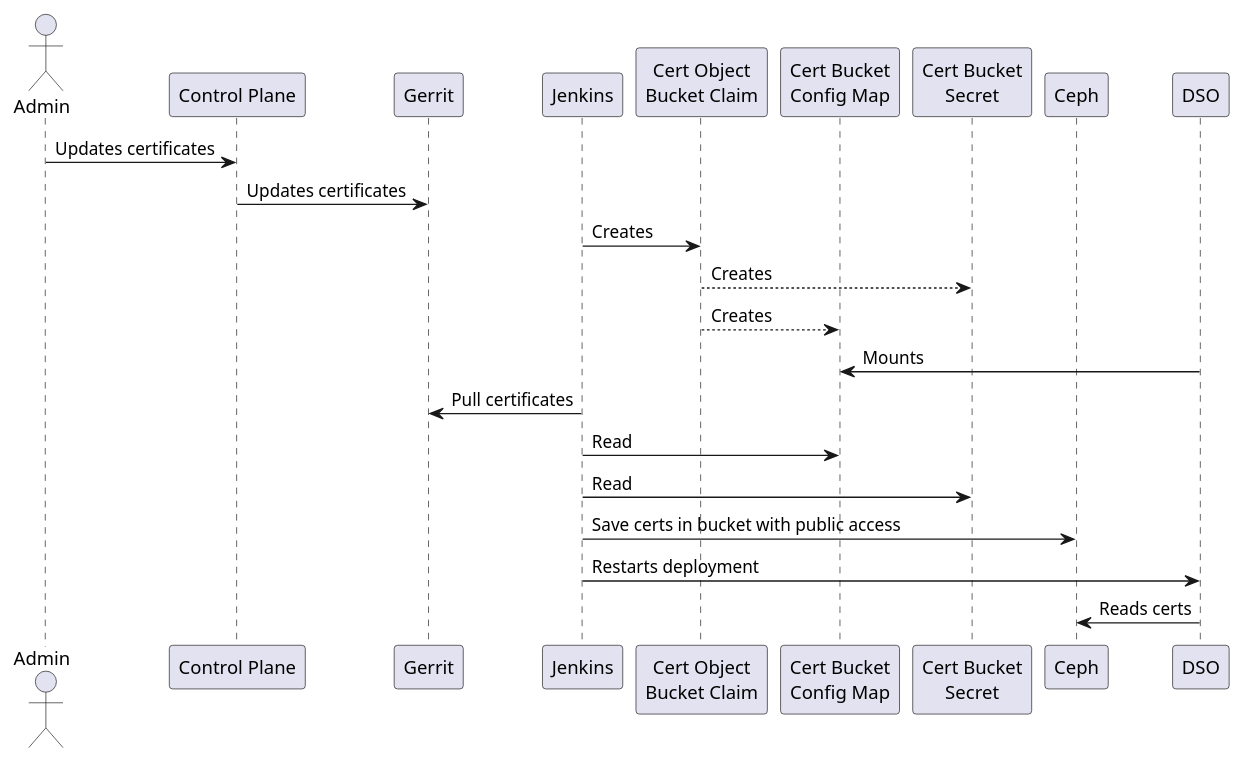
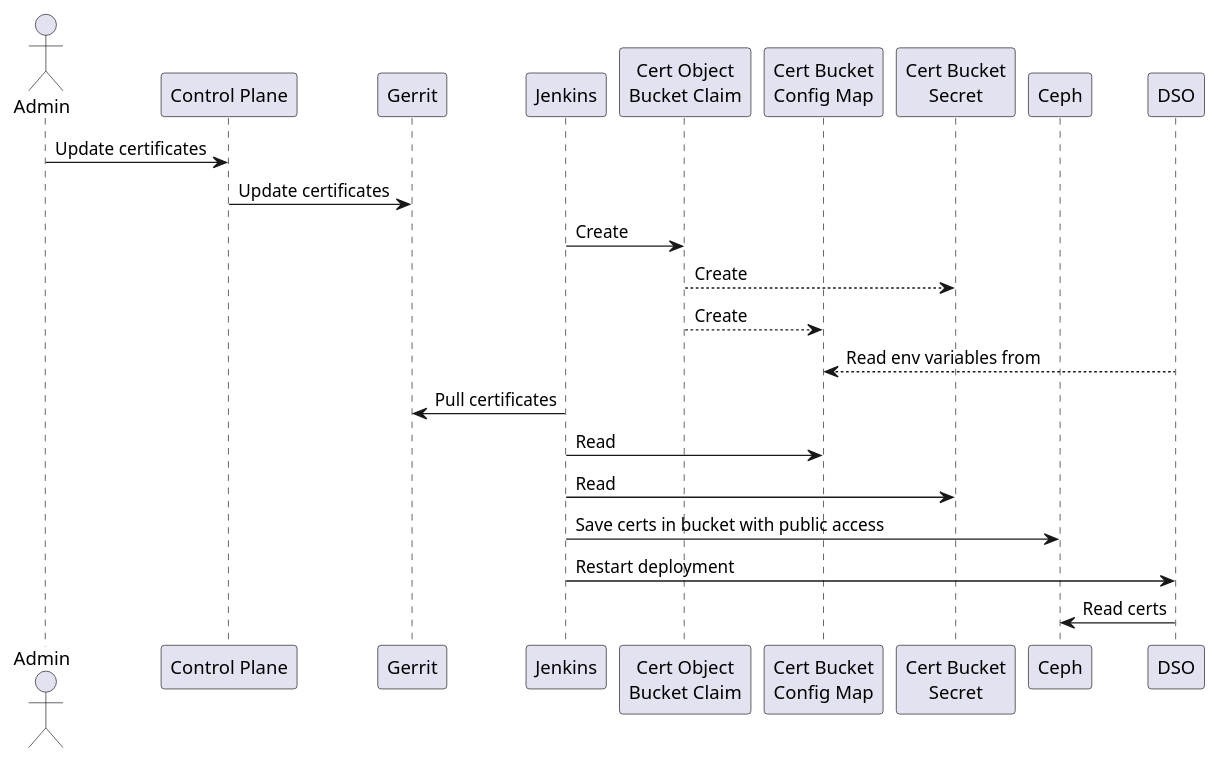
One commit to epam/edp-ddm-architecture changed the diagram in docs/ua/modules/arch/pages/architecture-workspace/platform-evolution/dso-cert-mng/dso-cert-mng.adoc. Above: the diagram before and after it, drawn with PlantUML. The commit also changed other lines of this file, not shown here.

Commit message:
[EDP-DDM-29793] Minor changes

```diff
--- a/docs/ua/modules/arch/pages/architecture-workspace/platform-evolution/dso-cert-mng/dso-cert-mng.adoc
+++ b/docs/ua/modules/arch/pages/architecture-workspace/platform-evolution/dso-cert-mng/dso-cert-mng.adoc
@@ -51,30 +51,30 @@
 [plantuml, dso-cert-mng, svg]
 ----
 @startuml
 actor "Admin" as admin
 participant "Control Plane" as cp
 participant "Gerrit" as gerrit
 participant "Jenkins" as jenkins
 participant "Cert Object\nBucket Claim" as obc
 participant "Cert Bucket\nConfig Map" as cm
 participant "Cert Bucket\nSecret" as secret
 participant "Ceph" as ceph
 participant "DSO" as dso
 
-admin -> cp: Updates certificates
-cp -> gerrit: Updates certificates
-jenkins -> obc: Creates
-obc --> secret: Creates
-obc --> cm: Creates
-dso -> cm: Mounts
+admin -> cp: Update certificates
+cp -> gerrit: Update certificates
+jenkins -> obc: Create
+obc --> secret: Create
+obc --> cm: Create
+dso --> cm: Read env variables from
 
 jenkins -> gerrit: Pull certificates
 jenkins -> cm: Read
 jenkins -> secret: Read
 jenkins -> ceph: Save certs in bucket with public access
-jenkins -> dso: Restarts deployment
+jenkins -> dso: Restart deployment
 
-dso -> ceph: Reads certs
+dso -> ceph: Read certs
 
 @enduml
 ----
```
